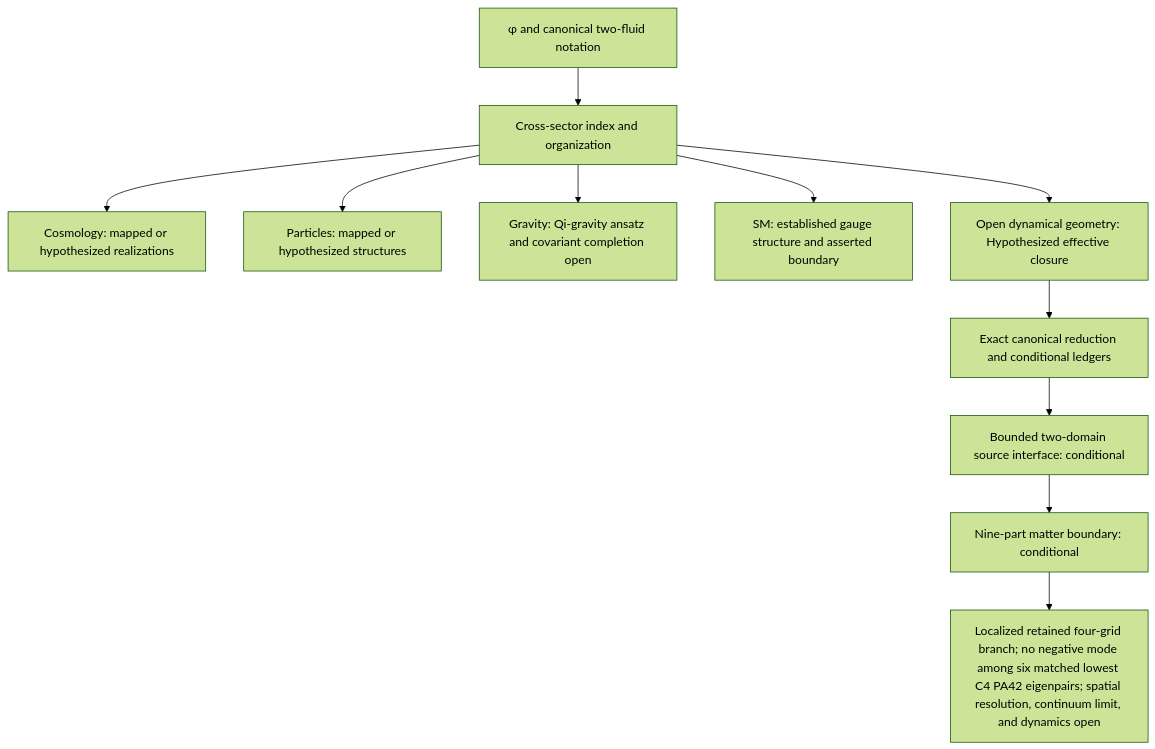
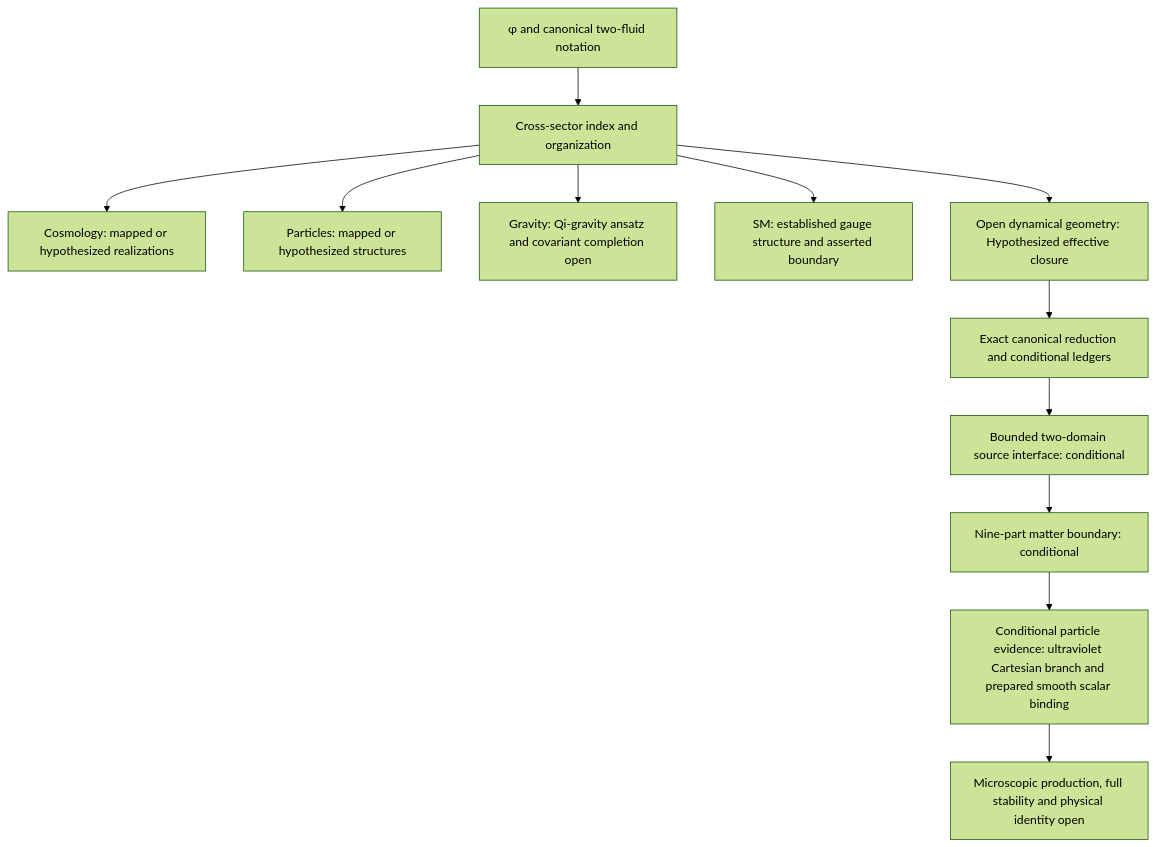
Before and after one commit to CassiTheOracle/cassi: diagram 28 of 37 in CassiTheory/open-questions-cassi-answers.md, drawn with Mermaid (forest theme). The commit also changed other lines of this file and 38 other files, not shown here.

First line of the commit message:
fix: separate prepared binding from matter creation

````diff
--- a/CassiTheory/open-questions-cassi-answers.md
+++ b/CassiTheory/open-questions-cassi-answers.md
@@ -1192,13 +1196,14 @@
 ```mermaid
 flowchart TD
     A[φ and canonical two-fluid notation] --> B[Cross-sector index and organization]
     B --> C[Cosmology: mapped or hypothesized realizations]
     B --> D[Particles: mapped or hypothesized structures]
     B --> E[Gravity: Qi-gravity ansatz and covariant completion open]
     B --> F[SM: established gauge structure and asserted boundary]
     B --> H[Open dynamical geometry: Hypothesized effective closure]
     H --> I[Exact canonical reduction and conditional ledgers]
     I --> J[Bounded two-domain source interface: conditional]
     J --> K[Nine-part matter boundary: conditional]
-    K --> G[Localized retained four-grid branch; no negative mode among six matched lowest C4 PA42 eigenpairs; spatial resolution, continuum limit, and dynamics open]
+    K --> G[Conditional particle evidence: ultraviolet Cartesian branch and prepared smooth scalar binding]
+    G --> L[Microscopic production, full stability and physical identity open]
 ```
````
